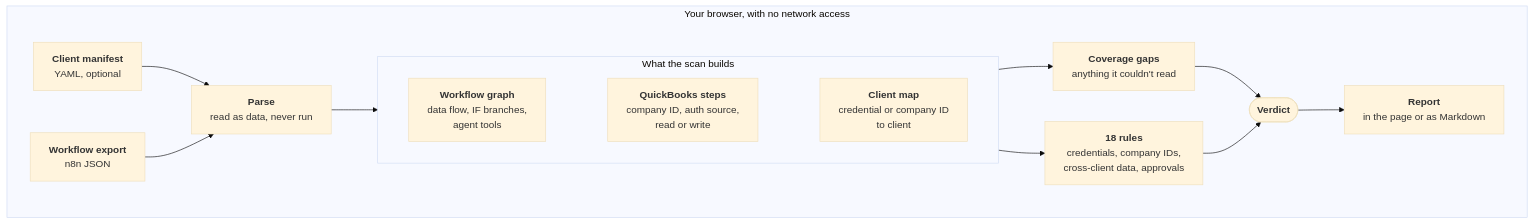
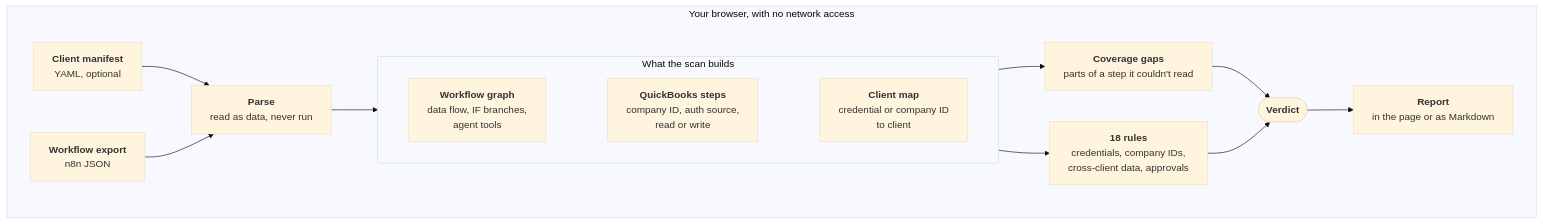
Before and after one commit to emmanuel-adu/realm-guard: the diagram in README.md, drawn with Mermaid (base theme).

Commit message:
README: narrow the coverage gaps label in the diagram

````diff
--- a/README.md
+++ b/README.md
@@ -20,20 +20,20 @@
 ```mermaid
 %%{init: {"flowchart": {"wrappingWidth": 280}}}%%
 flowchart TD
   subgraph browser["Your browser, with no network access"]
     M["<b>Client manifest</b><br/>YAML, optional"] --> PW["<b>Parse</b><br/>read as data, never run"]
     W["<b>Workflow export</b><br/>n8n JSON"] --> PW
     PW --> model
 
     subgraph model["What the scan builds"]
       direction LR
       G["<b>Workflow graph</b><br/>data flow, IF branches,<br/>agent tools"] ~~~ S["<b>QuickBooks steps</b><br/>company ID, auth source,<br/>read or write"] ~~~ C["<b>Client map</b><br/>credential or company ID<br/>to client"]
     end
 
-    model --> GAP["<b>Coverage gaps</b><br/>anything it couldn't read"]
+    model --> GAP["<b>Coverage gaps</b><br/>parts of a step it couldn't read"]
     model --> R["<b>18 rules</b><br/>credentials, company IDs,<br/>cross-client data, approvals"]
     GAP --> V(["<b>Verdict</b>"])
     R --> V
     V --> OUT["<b>Report</b><br/>in the page or as Markdown"]
   end
 ```
````
